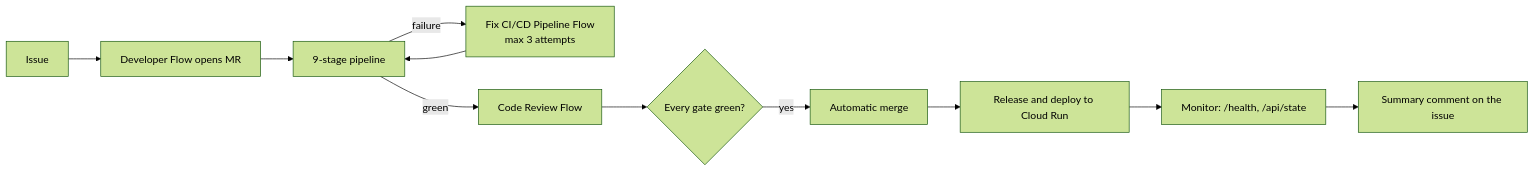
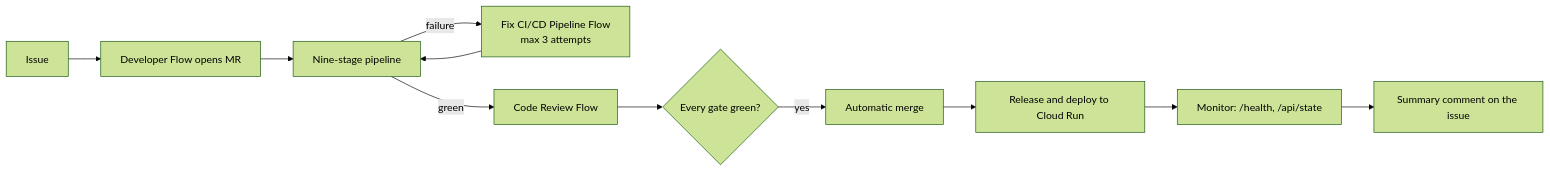
The first of 2 diagrams in README.md (agustindiazcano/afaw-engine-gitlab), drawn with Mermaid (forest theme) before and after one commit. The commit also changed other lines of this file and 1 other file, not shown here.

````diff
--- a/README.md
+++ b/README.md
@@ -49,13 +42,13 @@
 ```mermaid
 flowchart LR
     I[Issue] --> D[Developer Flow opens MR]
-    D --> P[9-stage pipeline]
+    D --> P[Nine-stage pipeline]
     P -- failure --> F[Fix CI/CD Pipeline Flow<br/>max 3 attempts]
     F --> P
     P -- green --> R[Code Review Flow]
     R --> G{Every gate green?}
     G -- yes --> M[Automatic merge]
     M --> L[Release and deploy to Cloud Run]
     L --> O[Monitor: /health, /api/state]
     O --> C[Summary comment on the issue]
 ```
````
